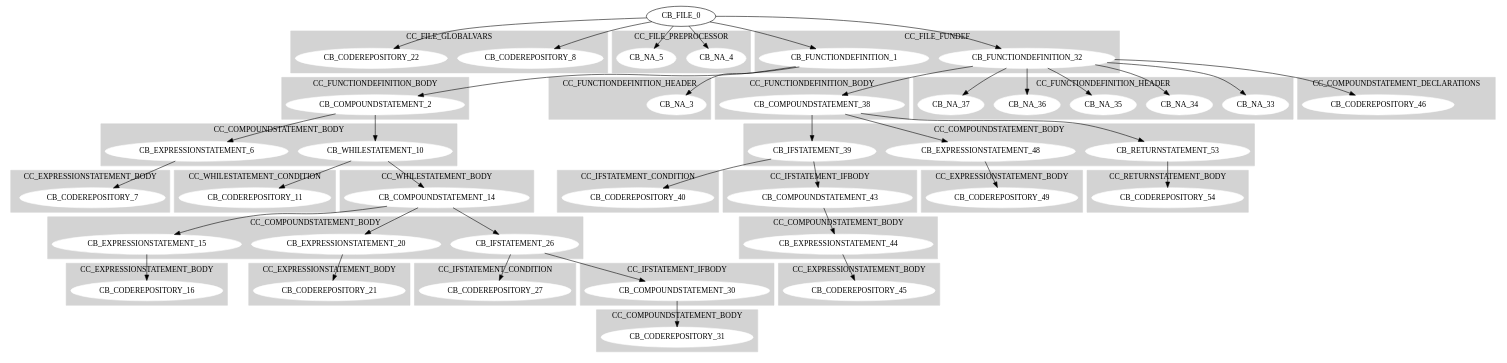
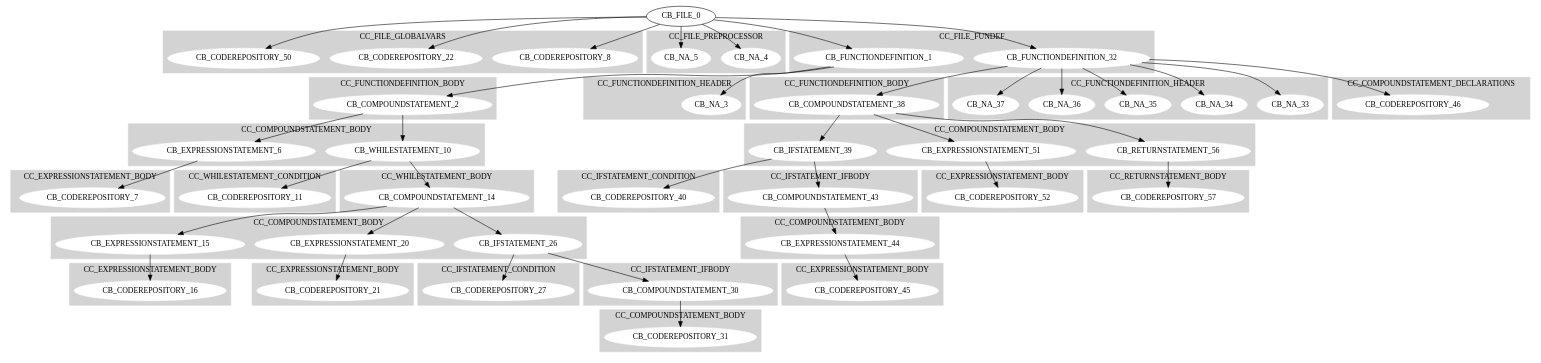
One commit to dhmhgreCompilersII/MINIC2C changed the diagram in MINIC2C/TestBench/CodeStructure.dot. Above: the diagram before and after it, drawn with Graphviz. The commit also changed 9 other files, not shown here.

```diff
--- a/MINIC2C/TestBench/CodeStructure.dot
+++ b/MINIC2C/TestBench/CodeStructure.dot
@@ -3,7 +3,7 @@
 		node [style=filled,color=white];
 		style=filled;
 		color=lightgrey;
-		CB_CODEREPOSITORY_8;CB_CODEREPOSITORY_22;
+		CB_CODEREPOSITORY_8;CB_CODEREPOSITORY_22;CB_CODEREPOSITORY_50;
 		label=CC_FILE_GLOBALVARS;
 	}
 	subgraph cluster1{
@@ -24,6 +24,7 @@
 "CB_FILE_0"->"CB_NA_5"
 "CB_FILE_0"->"CB_CODEREPOSITORY_8"
 "CB_FILE_0"->"CB_CODEREPOSITORY_22"
+"CB_FILE_0"->"CB_CODEREPOSITORY_50"
 	subgraph cluster3{
 		node [style=filled,color=white];
 		style=filled;
@@ -147,7 +148,7 @@
 		node [style=filled,color=white];
 		style=filled;
 		color=lightgrey;
-		CB_IFSTATEMENT_39;CB_EXPRESSIONSTATEMENT_48;CB_RETURNSTATEMENT_53;
+		CB_IFSTATEMENT_39;CB_EXPRESSIONSTATEMENT_51;CB_RETURNSTATEMENT_56;
 		label=CC_COMPOUNDSTATEMENT_BODY;
 	}
 	subgraph cluster18{
@@ -195,20 +196,20 @@
 		node [style=filled,color=white];
 		style=filled;
 		color=lightgrey;
-		CB_CODEREPOSITORY_49;
+		CB_CODEREPOSITORY_52;
 		label=CC_EXPRESSIONSTATEMENT_BODY;
 	}
-"CB_EXPRESSIONSTATEMENT_48"->"CB_CODEREPOSITORY_49"
-"CB_COMPOUNDSTATEMENT_38"->"CB_EXPRESSIONSTATEMENT_48"
+"CB_EXPRESSIONSTATEMENT_51"->"CB_CODEREPOSITORY_52"
+"CB_COMPOUNDSTATEMENT_38"->"CB_EXPRESSIONSTATEMENT_51"
 	subgraph cluster24{
 		node [style=filled,color=white];
 		style=filled;
 		color=lightgrey;
-		CB_CODEREPOSITORY_54;
+		CB_CODEREPOSITORY_57;
 		label=CC_RETURNSTATEMENT_BODY;
 	}
-"CB_RETURNSTATEMENT_53"->"CB_CODEREPOSITORY_54"
-"CB_COMPOUNDSTATEMENT_38"->"CB_RETURNSTATEMENT_53"
+"CB_RETURNSTATEMENT_56"->"CB_CODEREPOSITORY_57"
+"CB_COMPOUNDSTATEMENT_38"->"CB_RETURNSTATEMENT_56"
 "CB_FUNCTIONDEFINITION_32"->"CB_COMPOUNDSTATEMENT_38"
 "CB_FILE_0"->"CB_FUNCTIONDEFINITION_32"
 }
```
